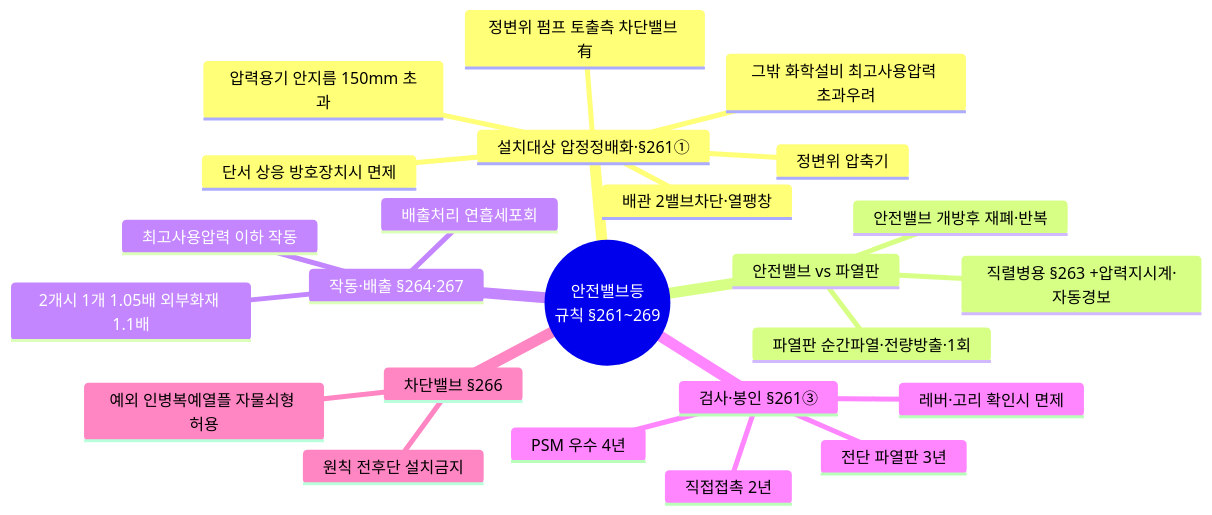
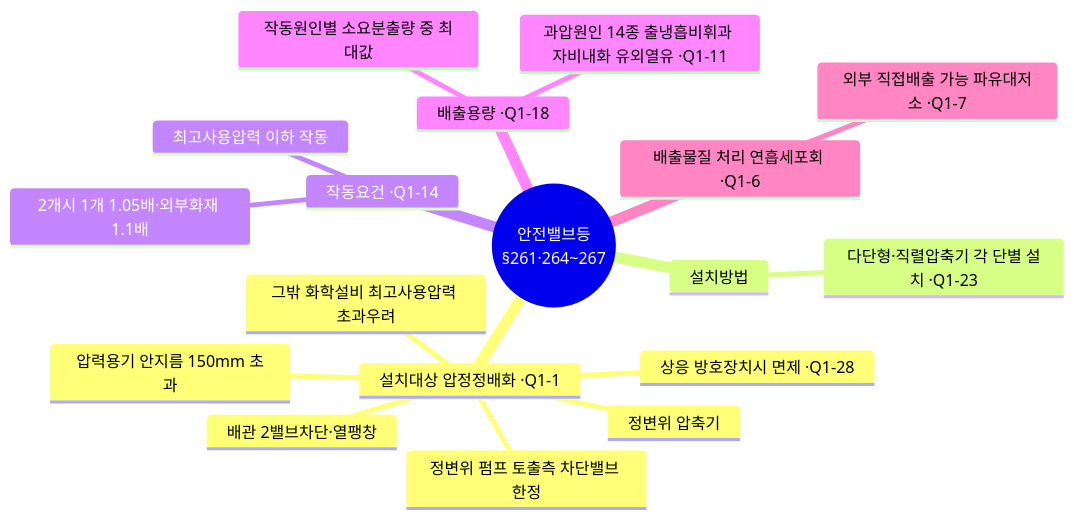
Before and after one commit to roy-zz/industrial-safety-viz: the first of 6 diagrams in topics/01_안전장치.md, drawn with Mermaid. The commit also changed other lines of this file and 1 other file, not shown here.

````diff
--- a/topics/01_안전장치.md
+++ b/topics/01_안전장치.md
@@ -11,27 +11,21 @@
 ```mermaid
 mindmap
-  root((안전밸브등<br/>규칙 §261~269))
-    설치대상 압정정배화·§261①
+  root((안전밸브등<br/>§261·264~267))
+    설치대상 압정정배화 ·Q1-1
       압력용기 안지름 150mm 초과
       정변위 압축기
-      정변위 펌프 토출측 차단밸브 有
+      정변위 펌프 토출측 차단밸브 한정
       배관 2밸브차단·열팽창
       그밖 화학설비 최고사용압력 초과우려
-      단서 상응 방호장치시 면제
-    안전밸브 vs 파열판
-      안전밸브 개방후 재폐·반복
-      파열판 순간파열·전량방출·1회
-      직렬병용 §263 +압력지시계·자동경보
-    작동·배출 §264·267
+      상응 방호장치시 면제 ·Q1-28
+    설치방법
+      다단형·직렬압축기 각 단별 설치 ·Q1-23
+    작동요건 ·Q1-14
       최고사용압력 이하 작동
-      2개시 1개 1.05배 외부화재 1.1배
-      배출처리 연흡세포회
-    검사·봉인 §261③
-      직접접촉 2년
-      전단 파열판 3년
-      PSM 우수 4년
-      레버·고리 확인시 면제
-    차단밸브 §266
-      원칙 전후단 설치금지
-      예외 인병복예열플 자물쇠형 허용
+      2개시 1개 1.05배·외부화재 1.1배
+    배출용량 ·Q1-18
+      작동원인별 소요분출량 중 최대값
+      과압원인 14종 출냉흡비휘과 자비내화 유외열유 ·Q1-11
+    배출물질 처리 연흡세포회 ·Q1-6
+      외부 직접배출 가능 파유대저소 ·Q1-7
 ```
````
